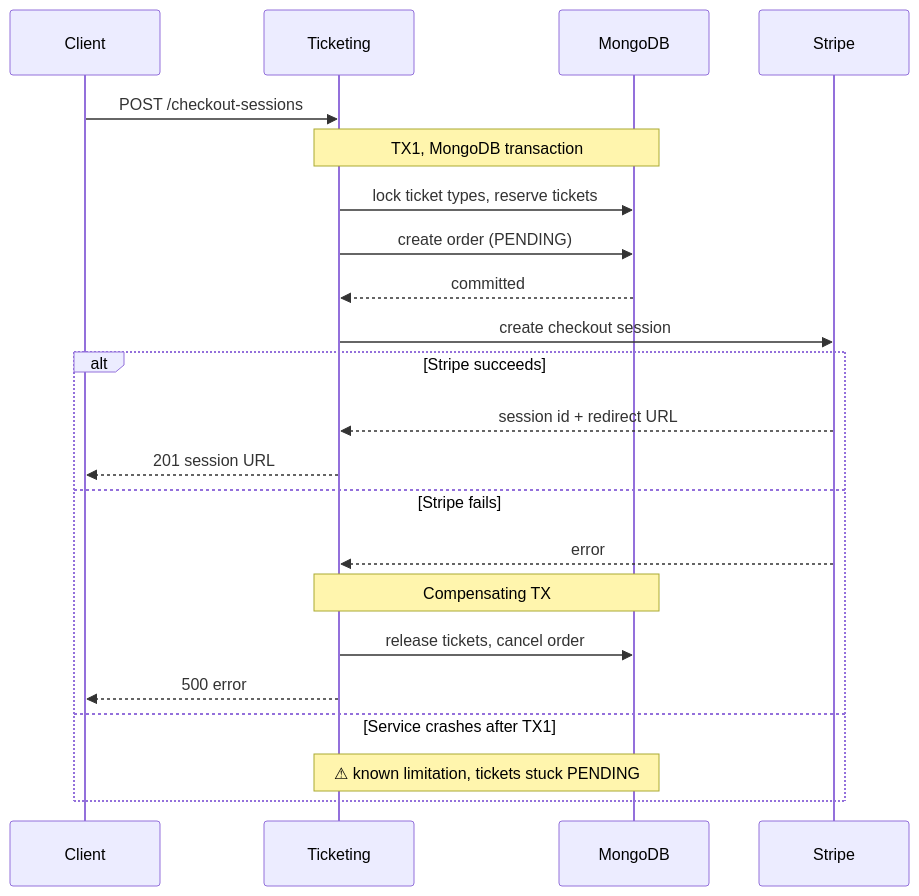
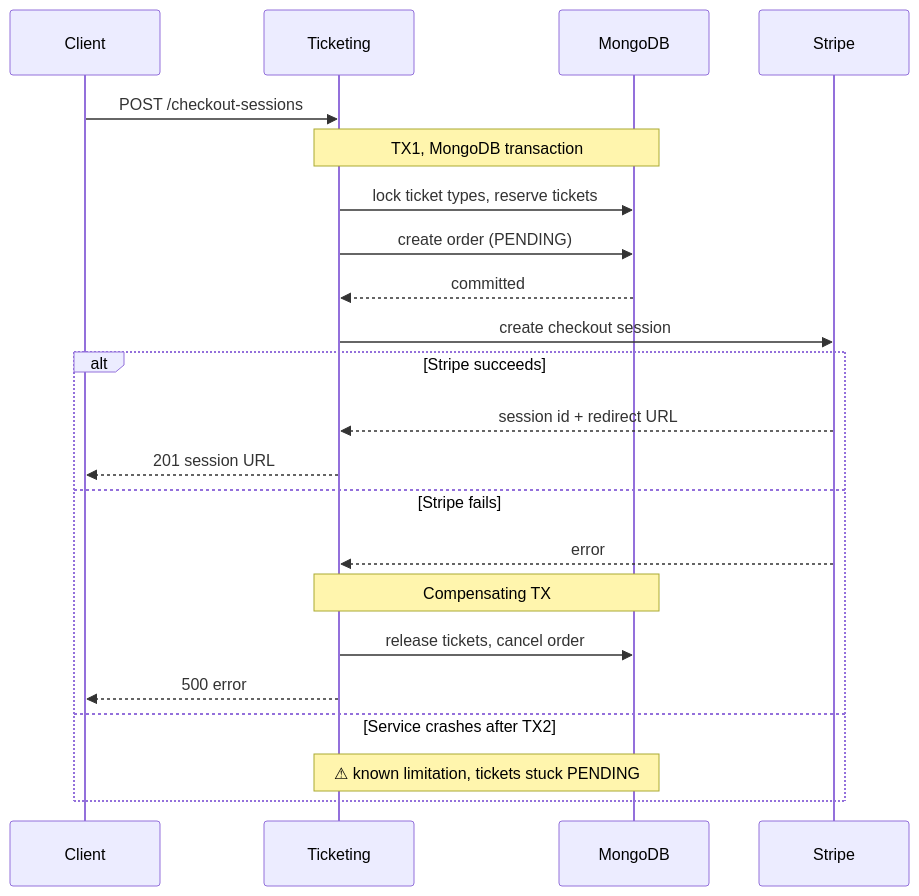
Before and after one commit to EvenToNight/EvenToNight: the diagram in docs/report/DS/markdown/implementation.md, drawn with Mermaid. The commit also changed other lines of this file and 4 other files, not shown here.

````diff
--- a/docs/report/DS/markdown/implementation.md
+++ b/docs/report/DS/markdown/implementation.md
@@ -68,28 +66,28 @@
 ```mermaid
 sequenceDiagram
     participant Client
     participant Ticketing
     participant MongoDB
     participant Stripe
 
     Client->>Ticketing: POST /checkout-sessions
 
     note over Ticketing,MongoDB: TX1, MongoDB transaction
     Ticketing->>MongoDB: lock ticket types, reserve tickets
     Ticketing->>MongoDB: create order (PENDING)
     MongoDB-->>Ticketing: committed
 
     Ticketing->>Stripe: create checkout session
 
     alt Stripe succeeds
         Stripe-->>Ticketing: session id + redirect URL
         Ticketing-->>Client: 201 session URL
     else Stripe fails
         Stripe-->>Ticketing: error
         note over Ticketing,MongoDB: Compensating TX
         Ticketing->>MongoDB: release tickets, cancel order
         Ticketing-->>Client: 500 error
-    else Service crashes after TX1
+    else Service crashes after TX2
         note over Ticketing,MongoDB: ⚠ known limitation, tickets stuck PENDING
     end
 ```
````
